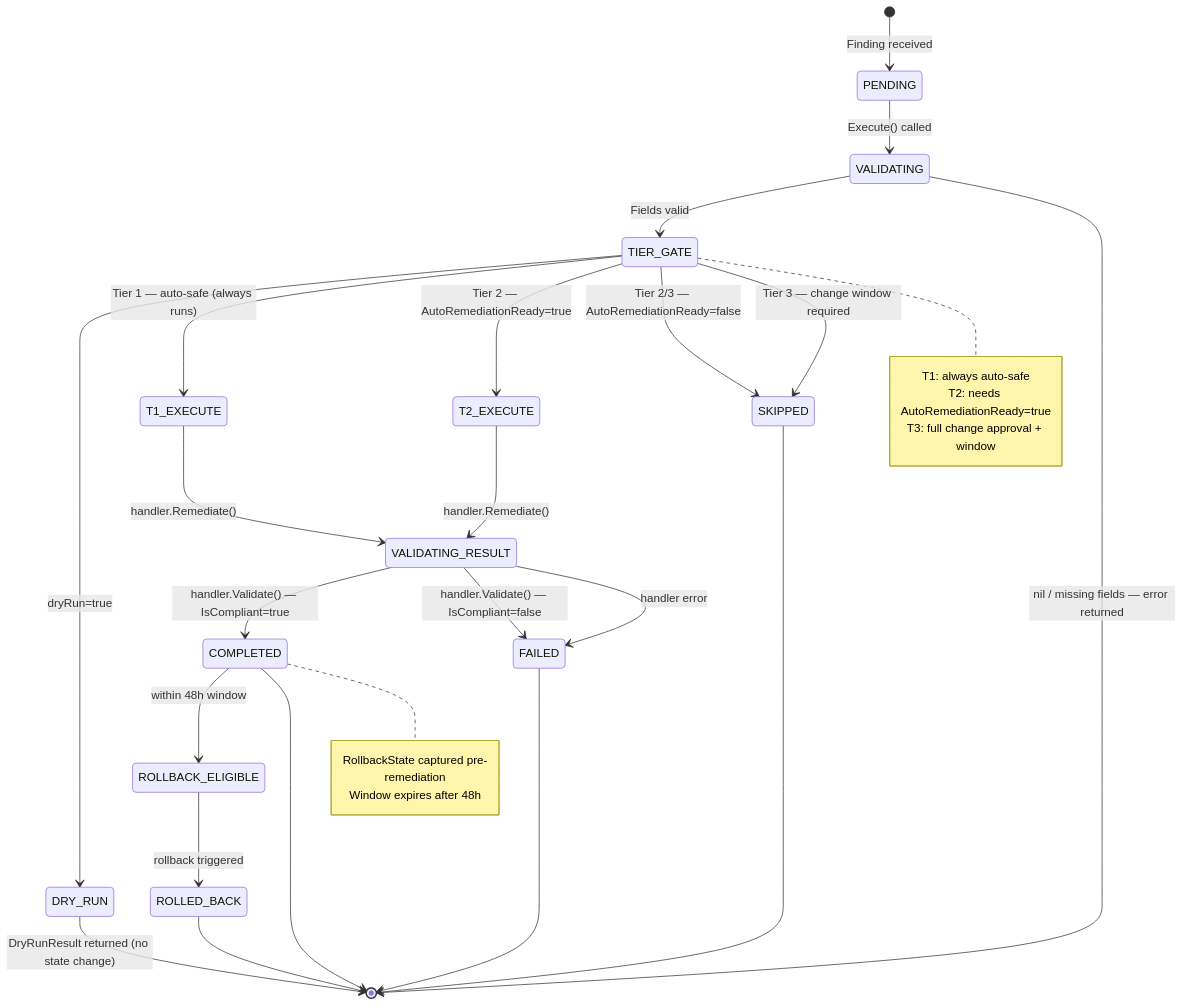
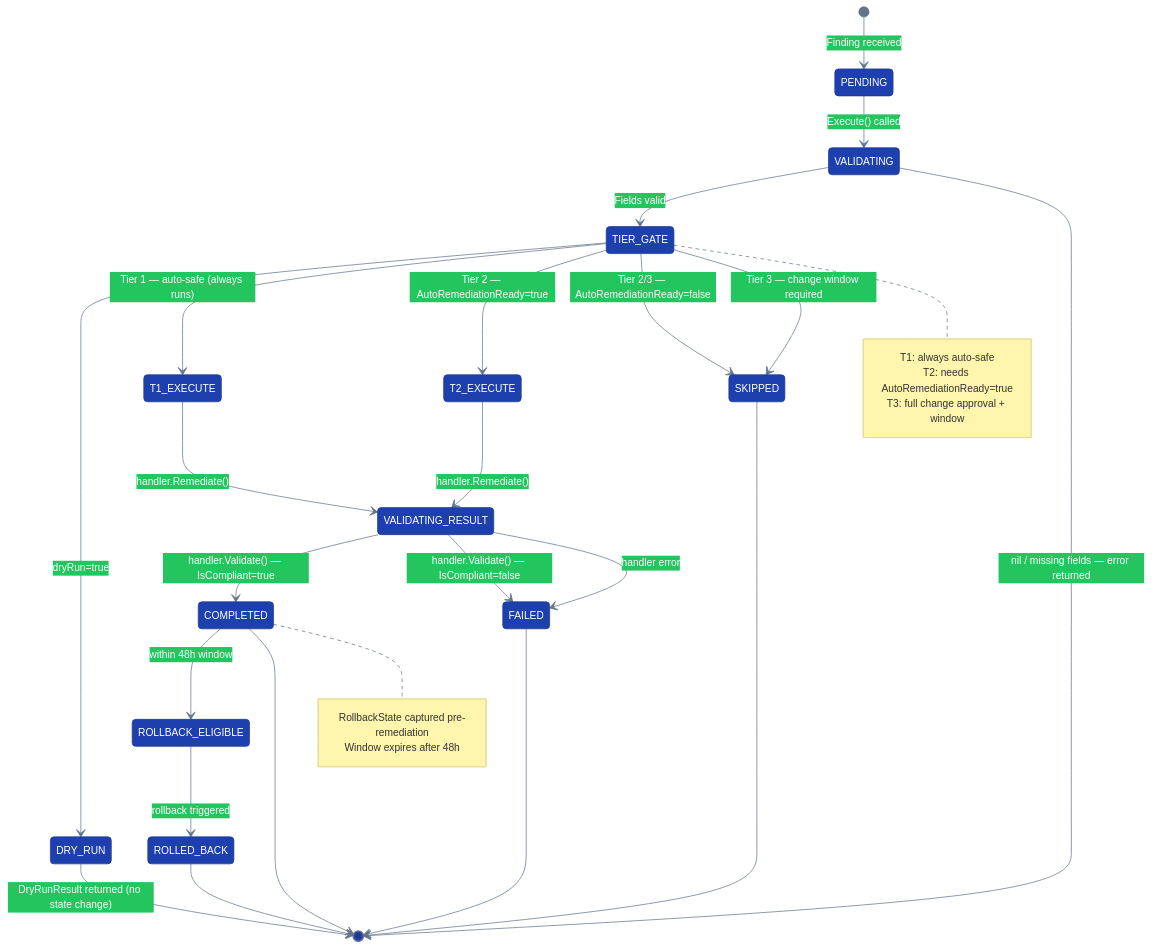
Before and after one commit to lvonguyen/cloudforge: the diagram in docs/core/diagrams/remediation-dispatcher-flow.mmd, drawn with Mermaid. The commit also changed 10 other files, not shown here.

First line of the commit message:
docs: refresh diagrams with brand palette + icons, update PuppyGraph refs

```diff
--- a/docs/core/diagrams/remediation-dispatcher-flow.mmd
+++ b/docs/core/diagrams/remediation-dispatcher-flow.mmd
@@ -1,43 +1,45 @@
+%%{init: {'theme': 'base', 'themeVariables': {'fontFamily': 'Inter, system-ui, sans-serif', 'fontSize': '14px', 'primaryColor': '#1e40af', 'primaryTextColor': '#fff', 'primaryBorderColor': '#1e3a8a', 'lineColor': '#64748b', 'secondaryColor': '#22c55e', 'tertiaryColor': '#ef4444'}}}%%
+
 stateDiagram-v2
     direction TB
 
     [*] --> PENDING : Finding received
 
     PENDING --> VALIDATING : Execute() called
 
     VALIDATING --> TIER_GATE : Fields valid
     VALIDATING --> [*] : nil / missing fields — error returned
 
     TIER_GATE --> DRY_RUN : dryRun=true
     TIER_GATE --> T1_EXECUTE : Tier 1 — auto-safe (always runs)
     TIER_GATE --> T2_EXECUTE : Tier 2 — AutoRemediationReady=true
     TIER_GATE --> SKIPPED : Tier 2/3 — AutoRemediationReady=false
     TIER_GATE --> SKIPPED : Tier 3 — change window required
 
     DRY_RUN --> [*] : DryRunResult returned (no state change)
 
     T1_EXECUTE --> VALIDATING_RESULT : handler.Remediate()
     T2_EXECUTE --> VALIDATING_RESULT : handler.Remediate()
 
     VALIDATING_RESULT --> COMPLETED : handler.Validate() — IsCompliant=true
     VALIDATING_RESULT --> FAILED : handler.Validate() — IsCompliant=false
     VALIDATING_RESULT --> FAILED : handler error
 
     COMPLETED --> ROLLBACK_ELIGIBLE : within 48h window
     ROLLBACK_ELIGIBLE --> ROLLED_BACK : rollback triggered
     ROLLED_BACK --> [*]
 
     SKIPPED --> [*]
     FAILED --> [*]
     COMPLETED --> [*]
 
     note right of TIER_GATE
         T1: always auto-safe
         T2: needs AutoRemediationReady=true
         T3: full change approval + window
     end note
 
     note right of COMPLETED
         RollbackState captured pre-remediation
         Window expires after 48h
     end note
```
